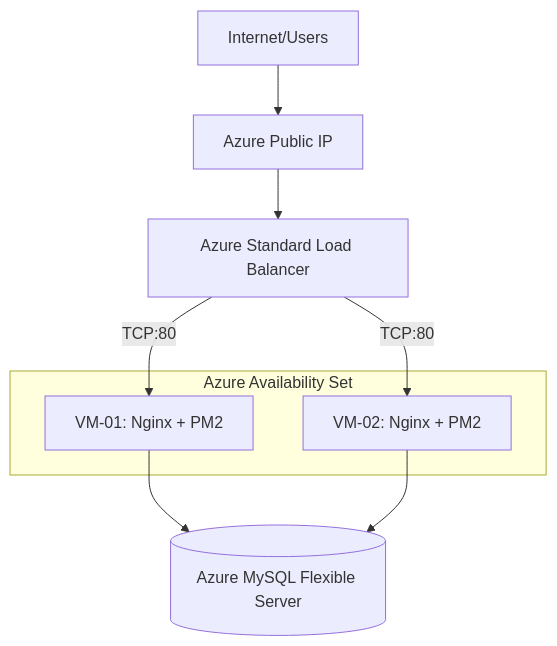
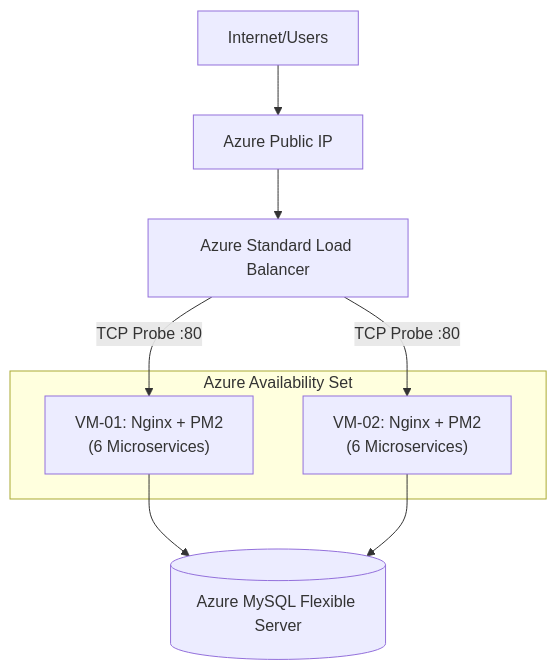
One commit to adamyudhistiramuhtar-byte/SistrackV2 changed the second of 4 diagrams in docs/Final_Compliance_Report.md. Above: the diagram before and after it, drawn with Mermaid. The commit also changed other lines of this file and 15 other files, not shown here.

Commit message:
docs: overhaul project documentation with comprehensive cloud architecture guides and professionalize README content

````diff
--- a/docs/Final_Compliance_Report.md
+++ b/docs/Final_Compliance_Report.md
@@ -50,13 +167,13 @@
 ```mermaid
 graph TD
     Internet[Internet/Users] --> PIP[Azure Public IP]
     PIP --> ALB[Azure Standard Load Balancer]
-    subgraph Compute Layer [Azure Availability Set]
-        VM1[VM-01: Nginx + PM2]
-        VM2[VM-02: Nginx + PM2]
+    subgraph Compute ["Azure Availability Set"]
+        VM1["VM-01: Nginx + PM2<br/>(6 Microservices)"]
+        VM2["VM-02: Nginx + PM2<br/>(6 Microservices)"]
     end
-    ALB -->|TCP:80| VM1
-    ALB -->|TCP:80| VM2
+    ALB -->|"TCP Probe :80"| VM1
+    ALB -->|"TCP Probe :80"| VM2
     VM1 --> DB[(Azure MySQL Flexible Server)]
     VM2 --> DB
 ```
````
